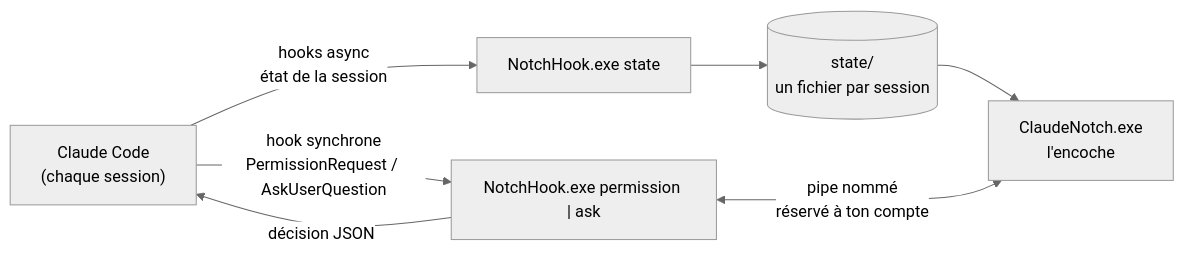
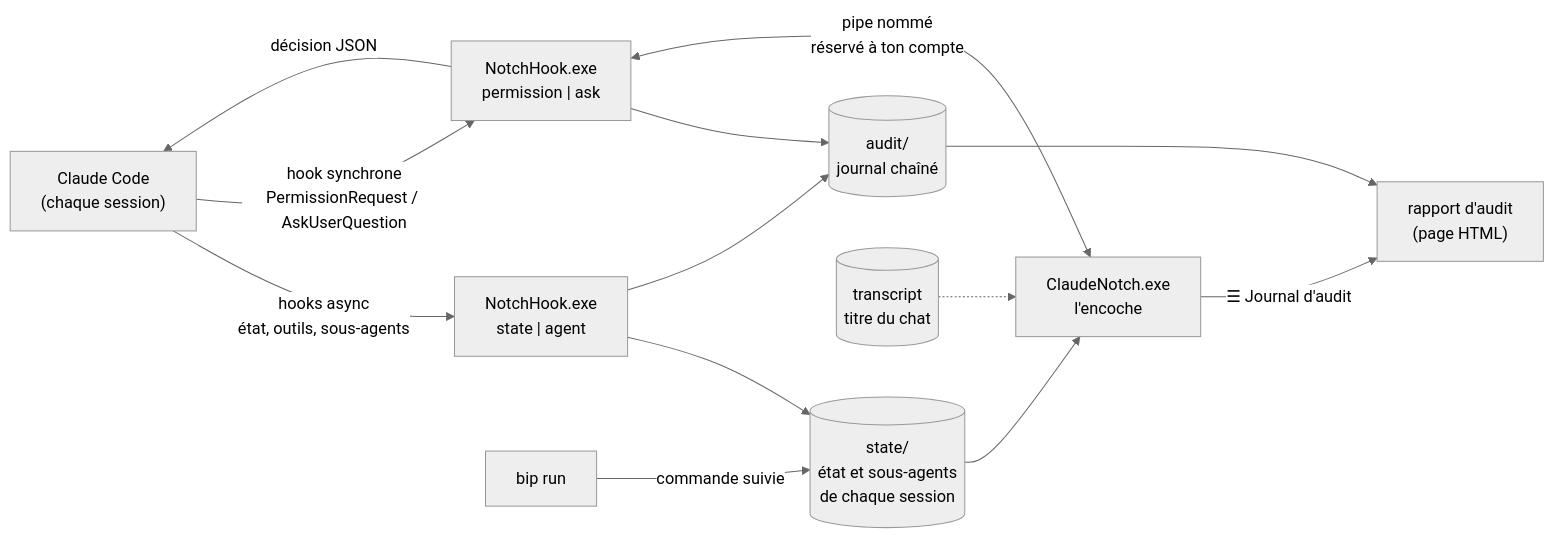
One commit to CR0ZER/bip changed the first of 2 diagrams in README.md. Above: the diagram before and after it, drawn with Mermaid (neutral theme). The commit also changed other lines of this file and 24 other files, not shown here.

First line of the commit message:
v0.3.0 : sous-agents, titre des sessions, récap de fin de tour, rapport d'audit par agent

````diff
--- a/README.md
+++ b/README.md
@@ -162,9 +217,15 @@
 ```mermaid
 flowchart LR
-    CC["Claude Code<br/>(chaque session)"] -- "hooks async<br/>état de la session" --> H1["NotchHook.exe state"]
-    H1 --> ST[("state/<br/>un fichier par session")]
+    CC["Claude Code<br/>(chaque session)"] -- "hooks async<br/>état, outils, sous-agents" --> H1["NotchHook.exe<br/>state | agent"]
+    CC -- "hook synchrone<br/>PermissionRequest / AskUserQuestion" --> H2["NotchHook.exe<br/>permission | ask"]
+    BR["bip run"] -- "commande suivie" --> ST
+    H1 --> ST[("state/<br/>état et sous-agents<br/>de chaque session")]
+    H1 --> AU[("audit/<br/>journal chaîné")]
+    H2 --> AU
+    TR[("transcript<br/>titre du chat")] -.-> N
     ST --> N["ClaudeNotch.exe<br/>l'encoche"]
-    CC -- "hook synchrone<br/>PermissionRequest / AskUserQuestion" --> H2["NotchHook.exe permission | ask"]
     H2 <-- "pipe nommé<br/>réservé à ton compte" --> N
     H2 -- "décision JSON" --> CC
+    AU --> RP["rapport d'audit<br/>(page HTML)"]
+    N -- "☰ Journal d'audit" --> RP
 ```
````
